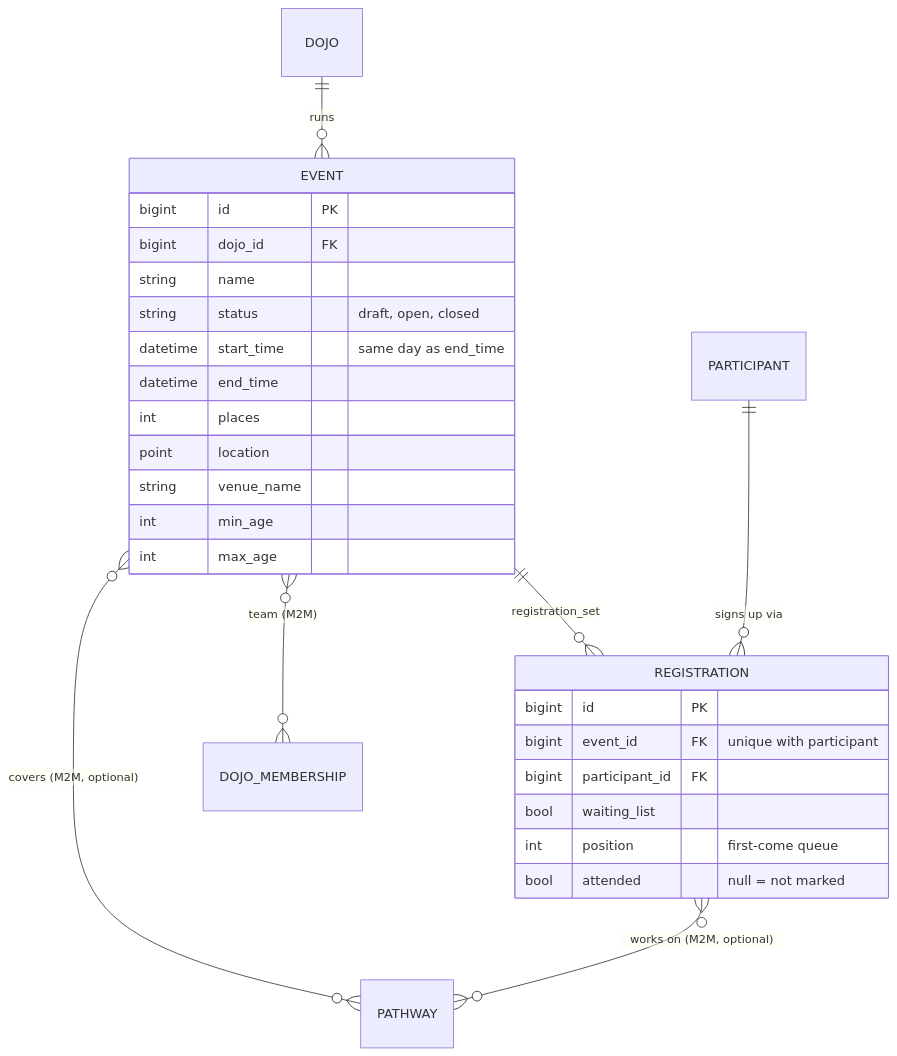
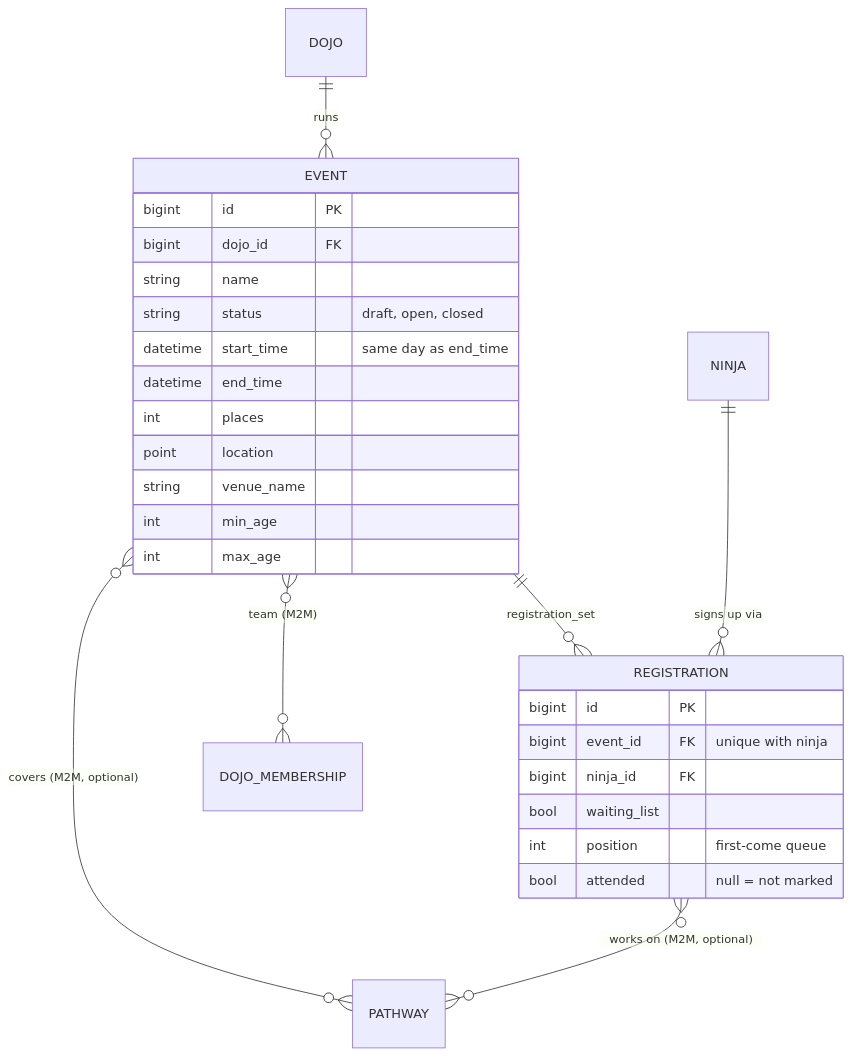
One commit to DoublG/coderdojo-event-registration changed the fifth of 20 diagrams in DATA_MODEL.md. Above: the diagram before and after it, drawn with Mermaid. The commit also changed other lines of this file and 24 other files, not shown here.

````diff
--- a/DATA_MODEL.md
+++ b/DATA_MODEL.md
@@ -263,31 +264,31 @@
 ```mermaid
 erDiagram
     DOJO ||--o{ EVENT : "runs"
     EVENT ||--o{ REGISTRATION : "registration_set"
-    PARTICIPANT ||--o{ REGISTRATION : "signs up via"
+    NINJA ||--o{ REGISTRATION : "signs up via"
     EVENT }o--o{ PATHWAY : "covers (M2M, optional)"
     REGISTRATION }o--o{ PATHWAY : "works on (M2M, optional)"
     EVENT }o--o{ DOJO_MEMBERSHIP : "team (M2M)"
 
     EVENT {
         bigint id PK
         bigint dojo_id FK
         string name
         string status "draft, open, closed"
         datetime start_time "same day as end_time"
         datetime end_time
         int places
         point location
         string venue_name
         int min_age
         int max_age
     }
     REGISTRATION {
         bigint id PK
-        bigint event_id FK "unique with participant"
-        bigint participant_id FK
+        bigint event_id FK "unique with ninja"
+        bigint ninja_id FK
         bool waiting_list
         int position "first-come queue"
         bool attended "null = not marked"
     }
 ```
````
